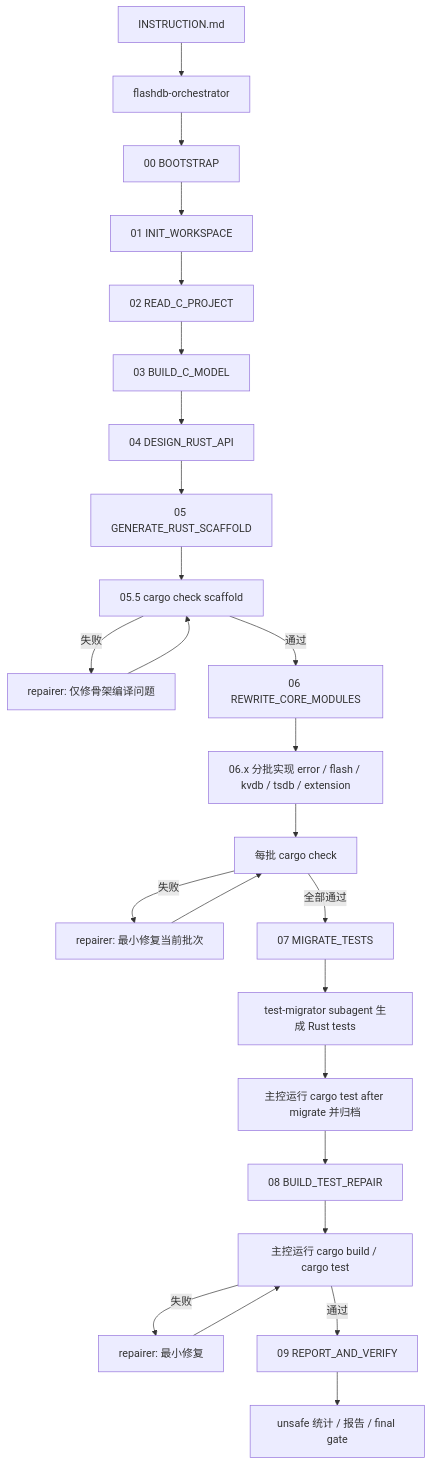
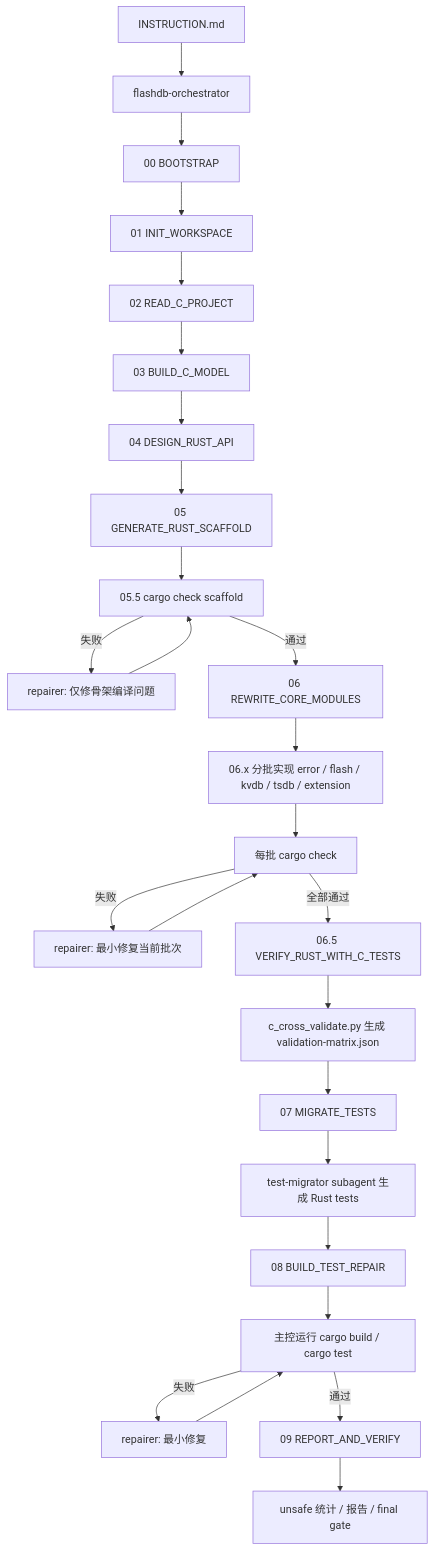
One commit to wsjq5477/2026-C2Rust-BenchMark changed the diagram in design_doc/参赛工程设计文档.md. Above: the diagram before and after it, drawn with Mermaid. The commit also changed other lines of this file and 14 other files, not shown here.

Commit message:
Document C-test cross validation stage

````diff
--- a/design_doc/参赛工程设计文档.md
+++ b/design_doc/参赛工程设计文档.md
@@ -369,27 +371,28 @@
 ```mermaid
 flowchart TD
     A["INSTRUCTION.md"] --> B["flashdb-orchestrator"]
     B --> C["00 BOOTSTRAP"]
     C --> D["01 INIT_WORKSPACE"]
     D --> E["02 READ_C_PROJECT"]
     E --> F["03 BUILD_C_MODEL"]
     F --> G["04 DESIGN_RUST_API"]
     G --> H["05 GENERATE_RUST_SCAFFOLD"]
     H --> I["05.5 cargo check scaffold"]
     I -->|失败| J["repairer: 仅修骨架编译问题"]
     J --> I
     I -->|通过| K["06 REWRITE_CORE_MODULES"]
     K --> L["06.x 分批实现 error / flash / kvdb / tsdb / extension"]
     L --> M["每批 cargo check"]
     M -->|失败| N["repairer: 最小修复当前批次"]
     N --> M
-    M -->|全部通过| O["07 MIGRATE_TESTS"]
-    O --> P["test-migrator subagent 生成 Rust tests"]
-    P --> Q["主控运行 cargo test after migrate 并归档"]
-    Q --> R["08 BUILD_TEST_REPAIR"]
-    R --> S["主控运行 cargo build / cargo test"]
-    S -->|失败| T["repairer: 最小修复"]
-    T --> S
-    S -->|通过| U["09 REPORT_AND_VERIFY"]
-    U --> V["unsafe 统计 / 报告 / final gate"]
+    M -->|全部通过| O["06.5 VERIFY_RUST_WITH_C_TESTS"]
+    O --> P["c_cross_validate.py 生成 validation-matrix.json"]
+    P --> Q["07 MIGRATE_TESTS"]
+    Q --> R["test-migrator subagent 生成 Rust tests"]
+    R --> S["08 BUILD_TEST_REPAIR"]
+    S --> T["主控运行 cargo build / cargo test"]
+    T -->|失败| U["repairer: 最小修复"]
+    U --> T
+    T -->|通过| V["09 REPORT_AND_VERIFY"]
+    V --> W["unsafe 统计 / 报告 / final gate"]
 ```
````
